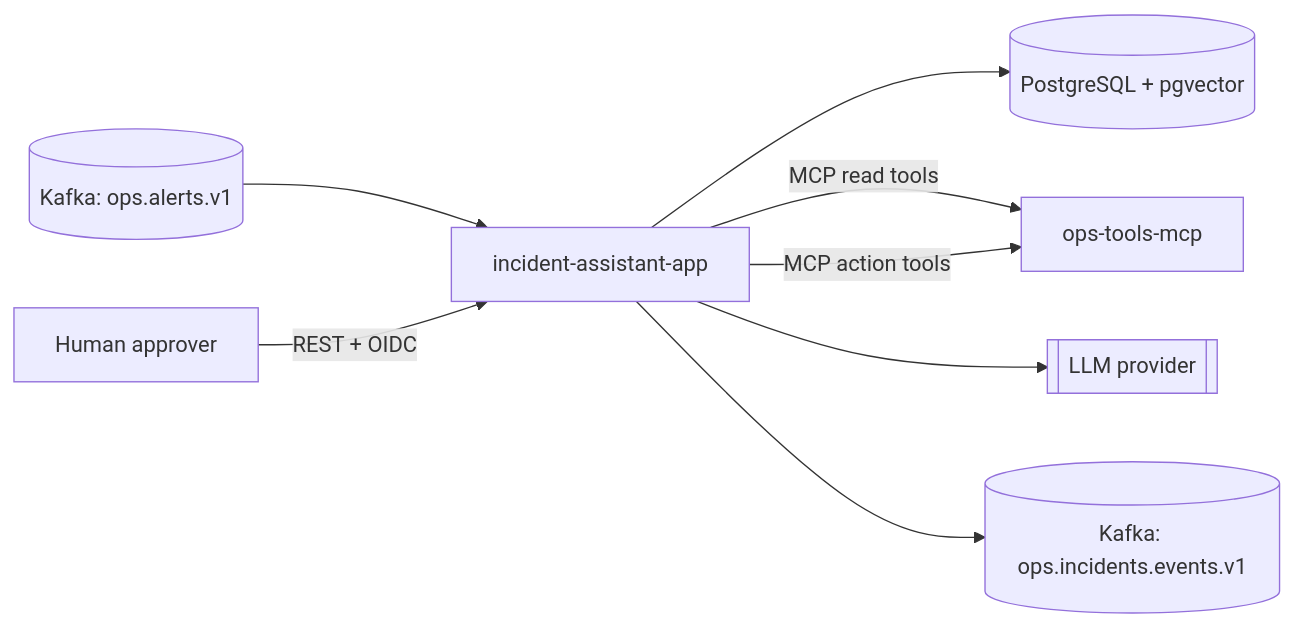
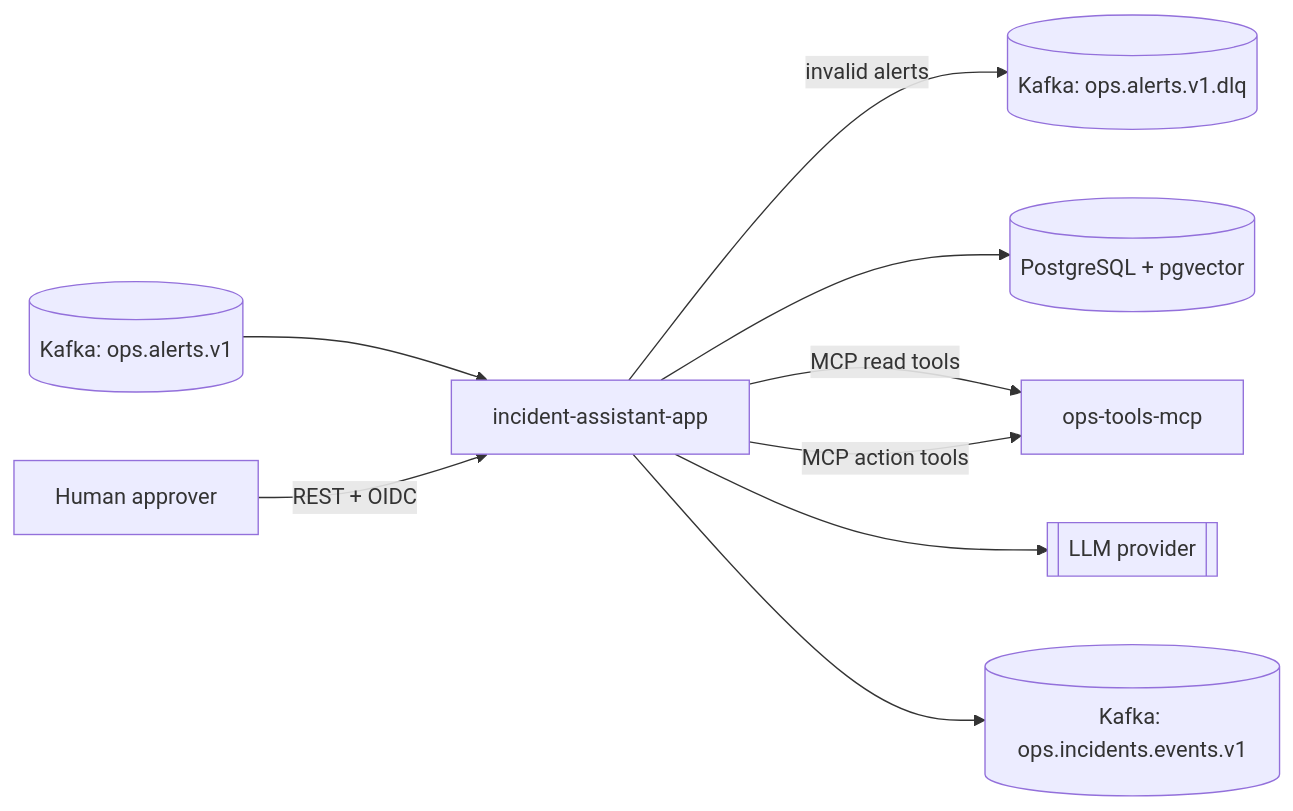
Before and after one commit to miro-farkas/incident-assistant: the first of 2 diagrams in docs/architecture.md, drawn with Mermaid. The commit also changed 46 other files, not shown here.

````diff
--- a/docs/architecture.md
+++ b/docs/architecture.md
@@ -5,10 +5,11 @@
 ```mermaid
 flowchart LR
     K[(Kafka: ops.alerts.v1)] --> APP[incident-assistant-app]
+    APP -- invalid alerts --> KD[(Kafka: ops.alerts.v1.dlq)]
     APP --> PG[(PostgreSQL + pgvector)]
     APP -- MCP read tools --> MCP[ops-tools-mcp]
     APP -- MCP action tools --> MCP
     APP --> LLM[[LLM provider]]
     H[Human approver] -- REST + OIDC --> APP
     APP --> KO[(Kafka: ops.incidents.events.v1)]
 ```
````
